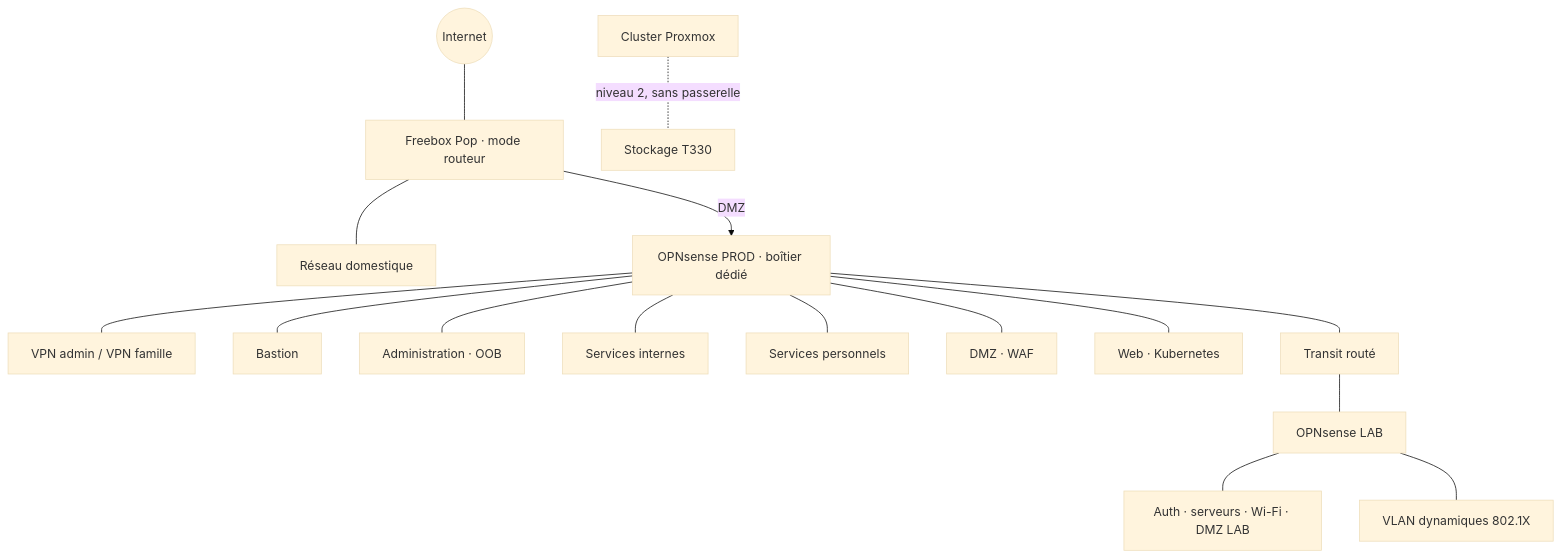
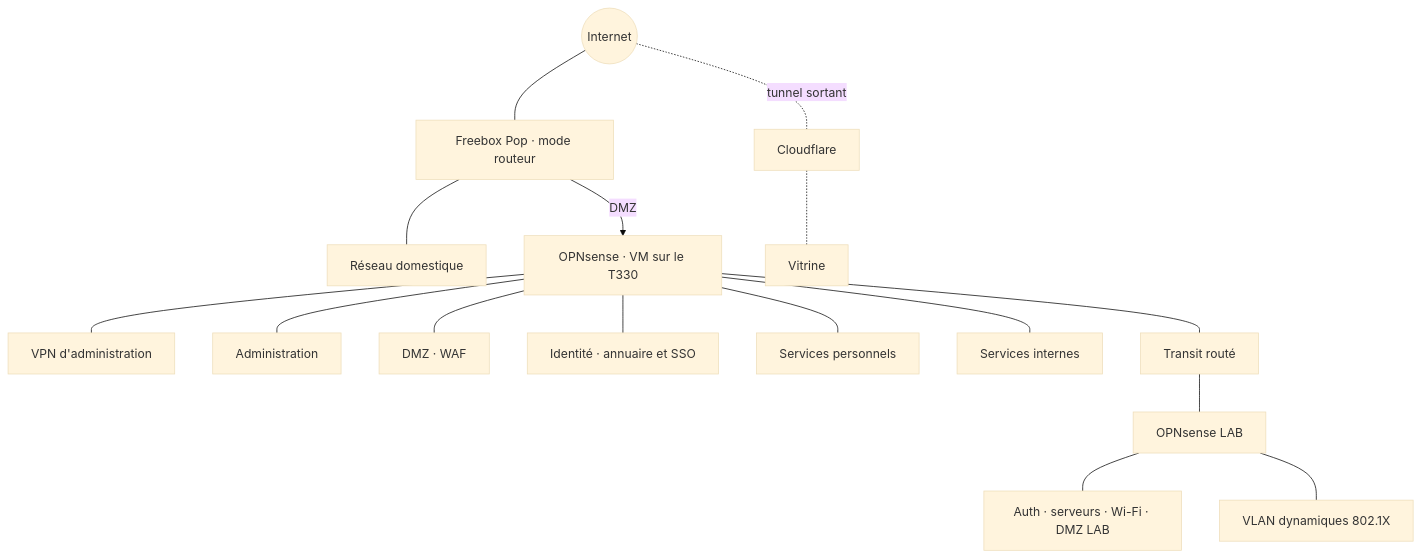
One commit to Kiindos/Homelab changed the first of 2 diagrams in docs/architecture/network.md. Above: the diagram before and after it, drawn with Mermaid (base theme). The commit also changed other lines of this file and 103 other files, not shown here.

````diff
--- a/docs/architecture/network.md
+++ b/docs/architecture/network.md
@@ -11,17 +11,16 @@
 ```mermaid
 flowchart TB
   NET((Internet)) --- FB[Freebox Pop · mode routeur]
   FB --- HOME[Réseau domestique]
-  FB -- DMZ --> OPN[OPNsense PROD · boîtier dédié]
-  OPN --- VPN[VPN admin / VPN famille]
-  OPN --- BAS[Bastion]
-  OPN --- ADM[Administration · OOB]
+  FB -- DMZ --> OPN[OPNsense · VM sur le T330]
+  OPN --- VPN[VPN d'administration]
+  OPN --- ADM[Administration]
+  OPN --- DMZ[DMZ · WAF]
+  OPN --- ID[Identité · annuaire et SSO]
+  OPN --- APPS[Services personnels]
   OPN --- SVC[Services internes]
-  OPN --- PERSO[Services personnels]
-  OPN --- DMZ[DMZ · WAF]
-  OPN --- WEB[Web · Kubernetes]
   OPN --- TR[Transit routé] --- OPL[OPNsense LAB]
   OPL --- LABZ[Auth · serveurs · Wi-Fi · DMZ LAB]
   OPL --- DOT1X[VLAN dynamiques 802.1X]
-  CL[Cluster Proxmox] -. niveau 2, sans passerelle .- ST[Stockage T330]
+  NET -. tunnel sortant .- CF[Cloudflare] -.- VIT[Vitrine]
 ```
````
